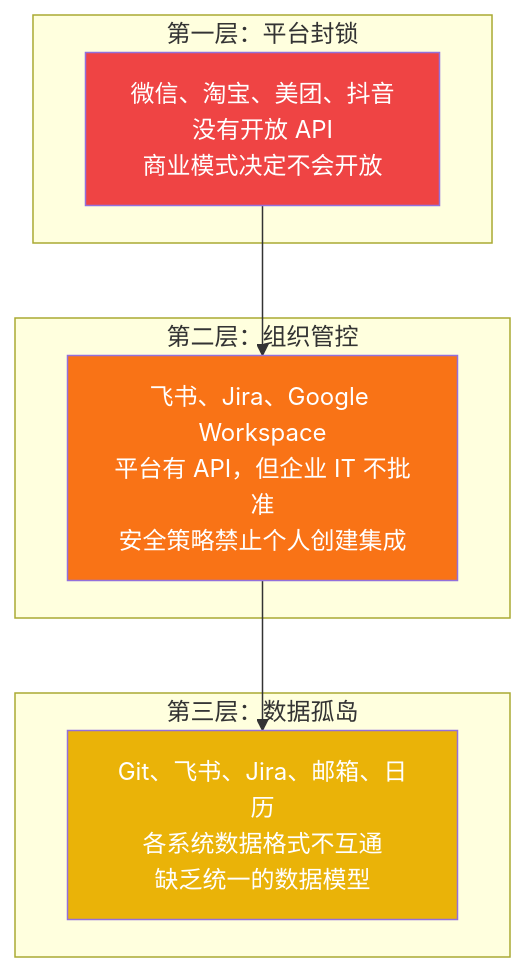
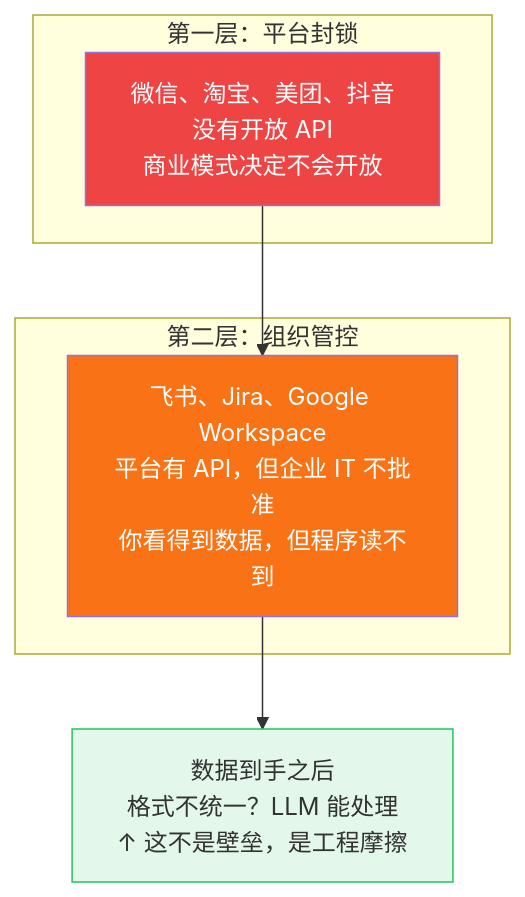
The third of 5 diagrams in content/zh/posts/agent-bottleneck-data-sovereignty.md (Trashwbin/quill), drawn with Mermaid before and after one commit. The commit also changed other lines of this file, not shown here.

````diff
--- a/content/zh/posts/agent-bottleneck-data-sovereignty.md
+++ b/content/zh/posts/agent-bottleneck-data-sovereignty.md
@@ -68,20 +68,18 @@
 ```mermaid
 graph TB
     subgraph "第一层：平台封锁"
         W1["微信、淘宝、美团、抖音<br/>没有开放 API<br/>商业模式决定不会开放"]
     end
     
     subgraph "第二层：组织管控"
-        W2["飞书、Jira、Google Workspace<br/>平台有 API，但企业 IT 不批准<br/>安全策略禁止个人创建集成"]
+        W2["飞书、Jira、Google Workspace<br/>平台有 API，但企业 IT 不批准<br/>你看得到数据，但程序读不到"]
     end
     
-    subgraph "第三层：数据孤岛"
-        W3["Git、飞书、Jira、邮箱、日历<br/>各系统数据格式不互通<br/>缺乏统一的数据模型"]
-    end
+    W1 --> W2
     
-    W1 --> W2 --> W3
+    W2 --> After["数据到手之后<br/>格式不统一？LLM 能处理<br/>↑ 这不是壁垒，是工程摩擦"]
     
     style W1 fill:#ef4444,color:#fff
     style W2 fill:#f97316,color:#fff
-    style W3 fill:#eab308,color:#fff
+    style After fill:#22c55e20,stroke:#22c55e
 ```
````
